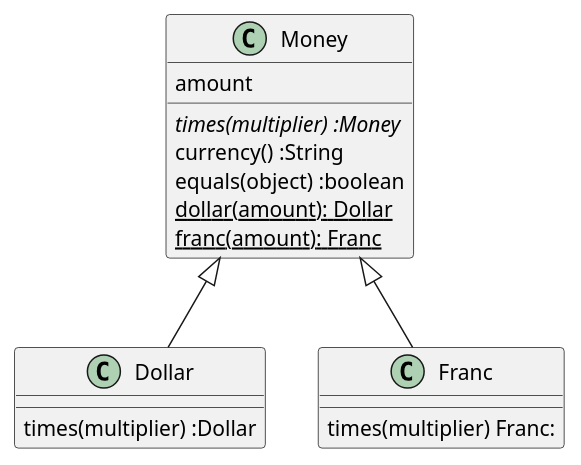
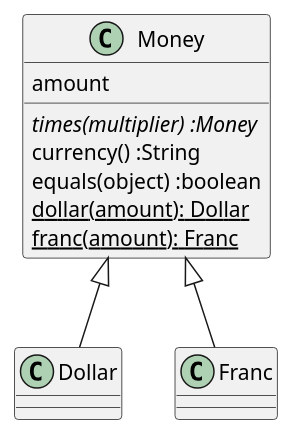
Before and after one commit to hiroshima-arc/pragmatic_programing: the diagram in docs/src/spec/the_money_example.adoc, drawn with PlantUML. The commit also changed 2 other files, not shown here.

Commit message:
docs: ドキュメント更新

```diff
--- a/docs/src/spec/the_money_example.adoc
+++ b/docs/src/spec/the_money_example.adoc
@@ -63,21 +63,19 @@
 [plantuml]
 ----
 class Money {
   amount
   {abstract} times(multiplier) :Money
   currency() :String
   equals(object) :boolean
   {static} dollar(amount): Dollar
   {static} franc(amount): Franc
 }
 class Dollar {
-  times(multiplier) :Dollar
 }
 
 class Franc {
-  times(multiplier) Franc:
 }
 
 Money <|-- Dollar
 Money <|-- Franc
 ----
```
